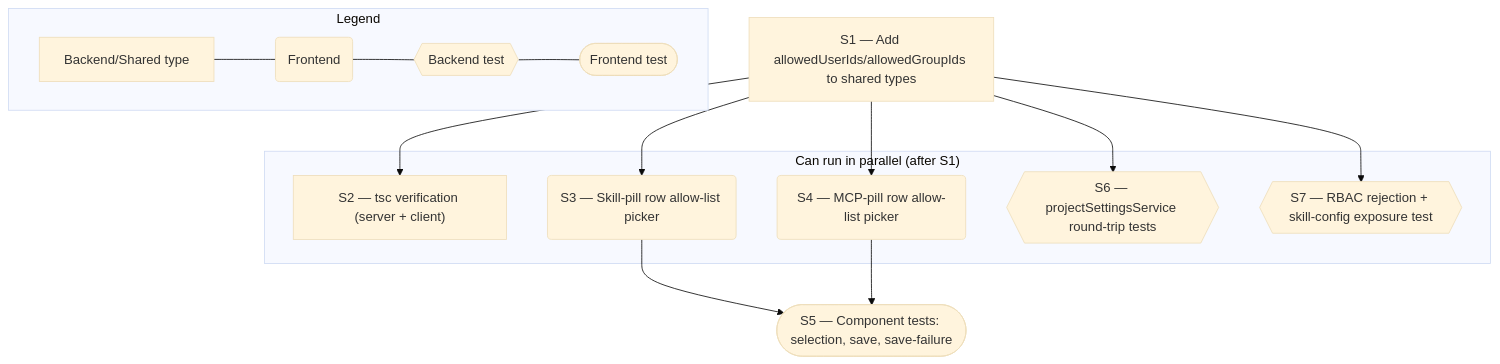
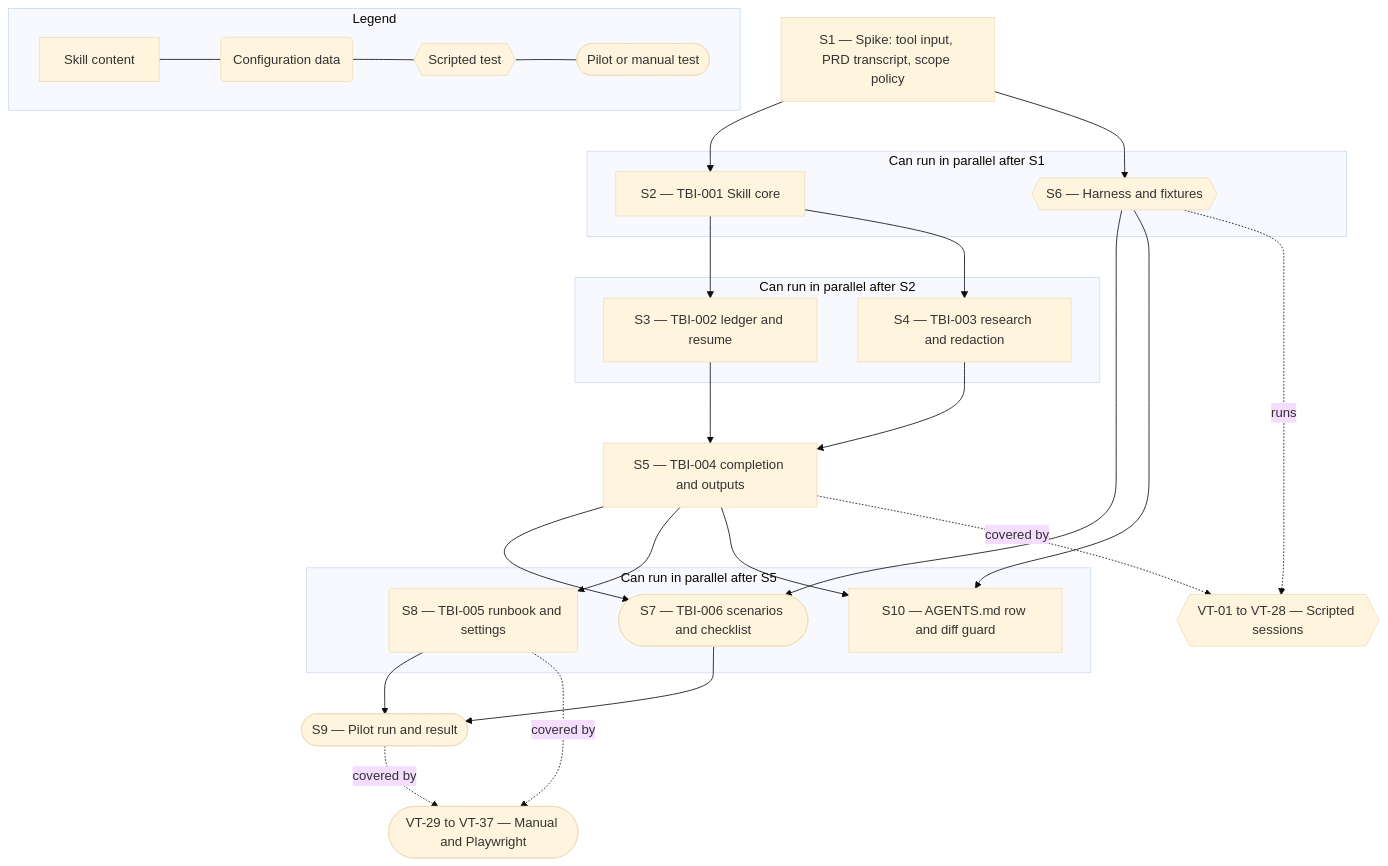
Before and after one commit to ryamiller-amergis/Apex: the second of 2 diagrams in .ai-pilot/local-dev/feat-001/design-spec/tech-spec.md, drawn with Mermaid (base theme). The commit also changed other lines of this file and 12 other files, not shown here.

````diff
--- a/.ai-pilot/local-dev/feat-001/design-spec/tech-spec.md
+++ b/.ai-pilot/local-dev/feat-001/design-spec/tech-spec.md
@@ -228,26 +397,53 @@
 ```mermaid
 flowchart TD
-  S1["S1 — Add allowedUserIds/allowedGroupIds to shared types"]
-  S2["S2 — tsc verification (server + client)"]
-  S3("S3 — Skill-pill row allow-list picker")
-  S4("S4 — MCP-pill row allow-list picker")
-  S5(["S5 — Component tests: selection, save, save-failure"])
-  S6{{"S6 — projectSettingsService round-trip tests"}}
-  S7{{"S7 — RBAC rejection + skill-config exposure test"}}
+  S1["S1 — Spike: tool input, PRD transcript, scope policy"]
+  S2["S2 — TBI-001 Skill core"]
+  S3["S3 — TBI-002 ledger and resume"]
+  S4["S4 — TBI-003 research and redaction"]
+  S5["S5 — TBI-004 completion and outputs"]
+  S6{{"S6 — Harness and fixtures"}}
+  S7(["S7 — TBI-006 scenarios and checklist"])
+  S8("S8 — TBI-005 runbook and settings")
+  S9(["S9 — Pilot run and result"])
+  S10["S10 — AGENTS.md row and diff guard"]
+  T1{{"VT-01 to VT-28 — Scripted sessions"}}
+  T2(["VT-29 to VT-37 — Manual and Playwright"])
 
   S1 --> S2
-  S1 --> S3
-  S1 --> S4
   S1 --> S6
-  S1 --> S7
+  S2 --> S3
+  S2 --> S4
   S3 --> S5
   S4 --> S5
+  S5 --> S7
+  S6 --> S7
+  S5 --> S8
+  S5 --> S10
+  S6 --> S10
+  S7 --> S9
+  S8 --> S9
+  S6 -.->|"runs"| T1
+  S5 -.->|"covered by"| T1
+  S8 -.->|"covered by"| T2
+  S9 -.->|"covered by"| T2
 
-  subgraph parallel1 ["Can run in parallel (after S1)"]
-    S2 & S3 & S4 & S6 & S7
+  subgraph parallel1 ["Can run in parallel after S1"]
+    S2
+    S6
+  end
+
+  subgraph parallel2 ["Can run in parallel after S2"]
+    S3
+    S4
+  end
+
+  subgraph parallel3 ["Can run in parallel after S5"]
+    S7
+    S8
+    S10
   end
 
   subgraph legend ["Legend"]
-    L1["Backend/Shared type"] --- L2("Frontend") --- L3{{"Backend test"}} --- L4(["Frontend test"])
+    L1["Skill content"] --- L2("Configuration data") --- L3{{"Scripted test"}} --- L4(["Pilot or manual test"])
   end
 ```
````
